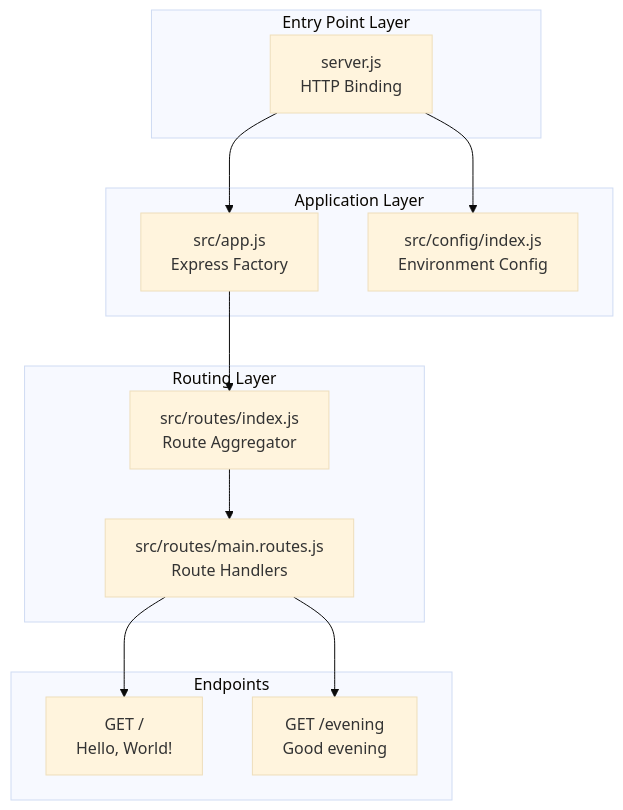
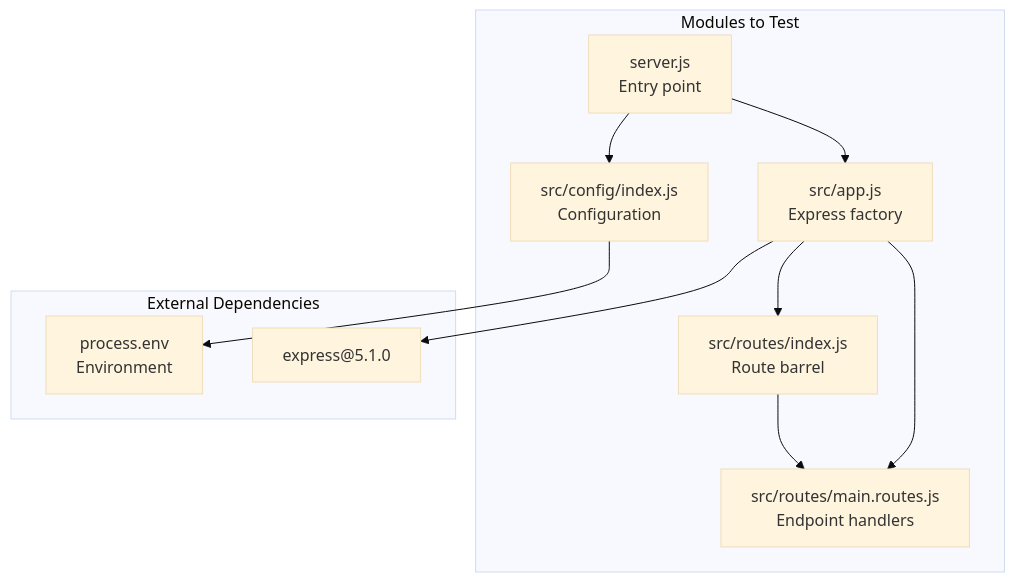
The first of 4 diagrams in blitzy/documentation/Technical Specifications.md (sudhanshu-spec/test-spec), drawn with Mermaid (base theme) before and after one commit. The commit also changed other lines of this file, not shown here.

````diff
--- a/blitzy/documentation/Technical Specifications.md
+++ b/blitzy/documentation/Technical Specifications.md
@@ -246,28 +174,23 @@
 ```mermaid
-flowchart TD
-    subgraph EntryPoint["Entry Point Layer"]
-        SERVER["server.js<br/>HTTP Binding"]
+flowchart TB
+    subgraph TestTargets["Modules to Test"]
+        ServerJS["server.js<br/>Entry point"]
+        AppJS["src/app.js<br/>Express factory"]
+        ConfigJS["src/config/index.js<br/>Configuration"]
+        MainRoutes["src/routes/main.routes.js<br/>Endpoint handlers"]
+        RouteIndex["src/routes/index.js<br/>Route barrel"]
     end
     
-    subgraph Application["Application Layer"]
-        APP["src/app.js<br/>Express Factory"]
-        CONFIG["src/config/index.js<br/>Environment Config"]
+    subgraph Dependencies["External Dependencies"]
+        Express["express@5.1.0"]
+        ProcessEnv["process.env<br/>Environment"]
     end
     
-    subgraph Routing["Routing Layer"]
-        ROUTES_INDEX["src/routes/index.js<br/>Route Aggregator"]
-        MAIN_ROUTES["src/routes/main.routes.js<br/>Route Handlers"]
-    end
-    
-    subgraph Endpoints["Endpoints"]
-        ROOT["GET /<br/>Hello, World!"]
-        EVENING["GET /evening<br/>Good evening"]
-    end
-    
-    SERVER --> APP
-    SERVER --> CONFIG
-    APP --> ROUTES_INDEX
-    ROUTES_INDEX --> MAIN_ROUTES
-    MAIN_ROUTES --> ROOT
-    MAIN_ROUTES --> EVENING
+    ServerJS --> AppJS
+    ServerJS --> ConfigJS
+    AppJS --> MainRoutes
+    AppJS --> RouteIndex
+    RouteIndex --> MainRoutes
+    AppJS --> Express
+    ConfigJS --> ProcessEnv
 ```
````
